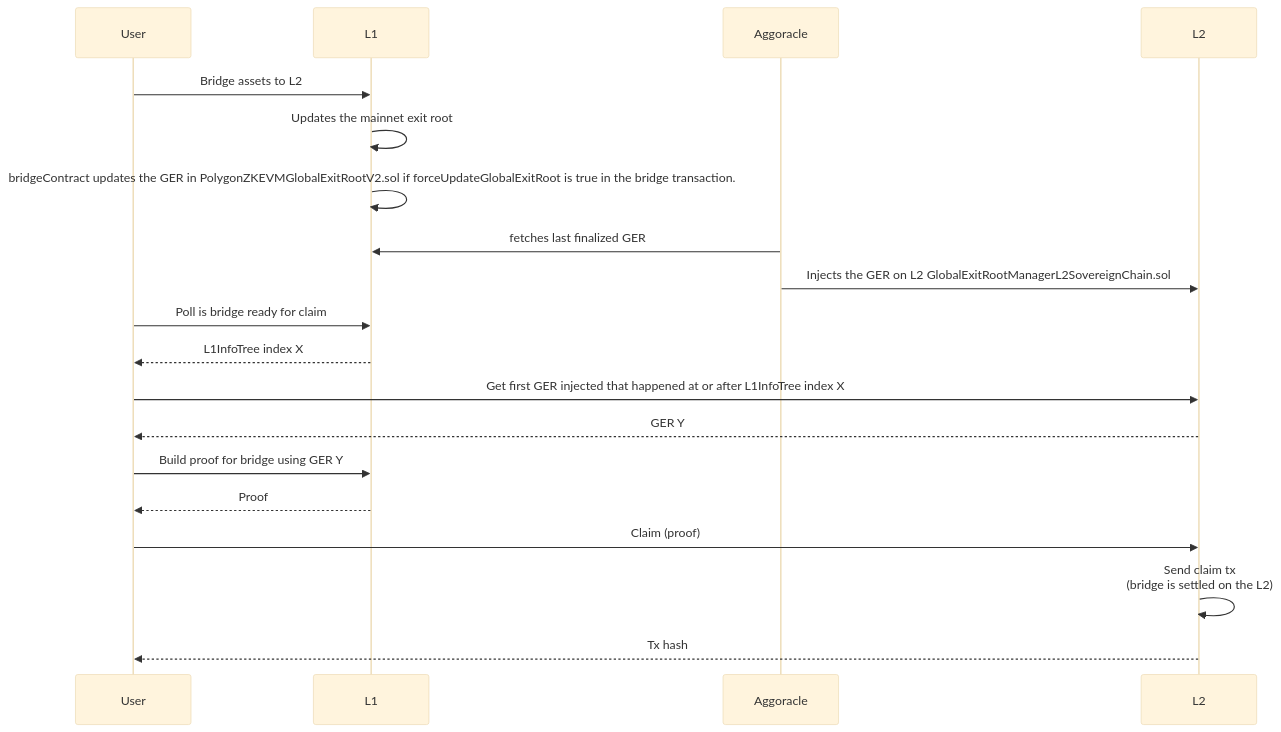
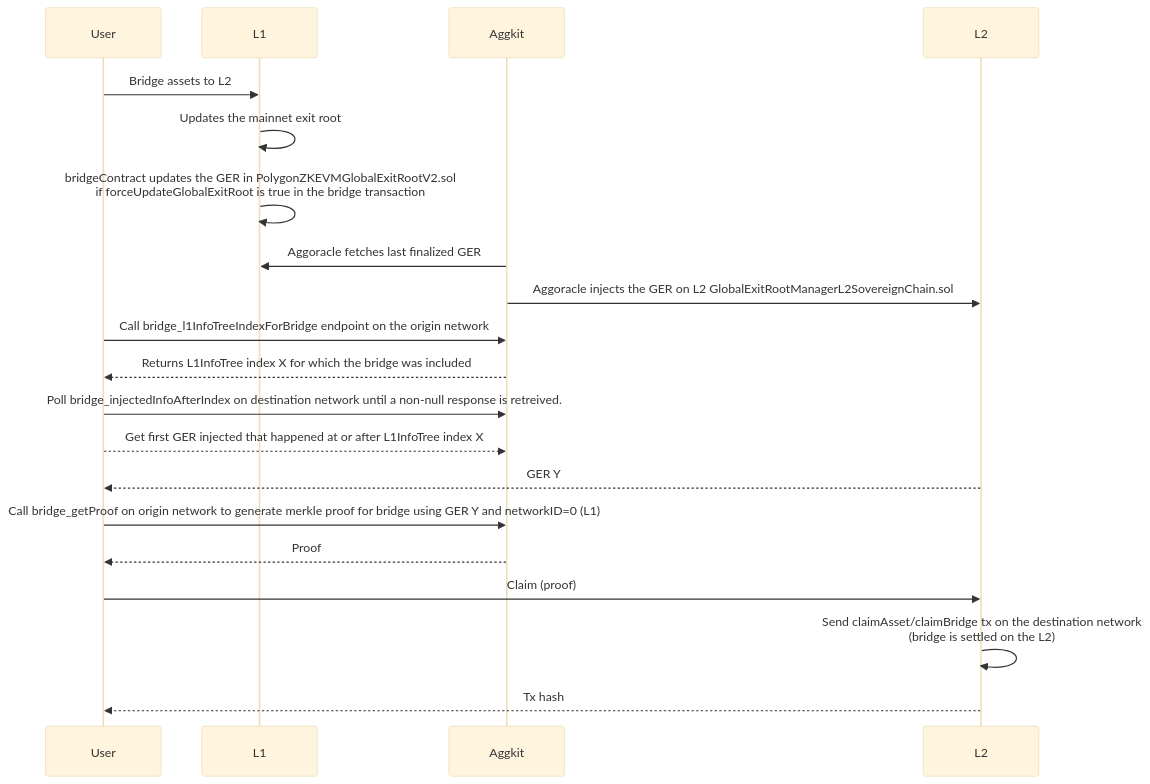
One commit to agglayer/aggkit changed the second of 4 diagrams in docs/bridge_service.md. Above: the diagram before and after it, drawn with Mermaid (base theme). The commit also changed other lines of this file, not shown here.

Commit message:
update sequence dig

````diff
--- a/docs/bridge_service.md
+++ b/docs/bridge_service.md
@@ -36,23 +36,24 @@
 ```mermaid
 sequenceDiagram
     participant User
     participant L1
-    participant Aggoracle
+    participant Aggkit
     participant L2
 
     User->>L1: Bridge assets to L2
     L1->>L1: Updates the mainnet exit root
-    L1->>L1: bridgeContract updates the GER in PolygonZKEVMGlobalExitRootV2.sol if forceUpdateGlobalExitRoot is true in the bridge transaction.
-    Aggoracle->>L1: fetches last finalized GER
-    Aggoracle->>L2: Injects the GER on L2 GlobalExitRootManagerL2SovereignChain.sol
+    L1->>L1: bridgeContract updates the GER in PolygonZKEVMGlobalExitRootV2.sol<br/>if forceUpdateGlobalExitRoot is true in the bridge transaction
+    Aggkit->>L1: Aggoracle fetches last finalized GER
+    Aggkit->>L2: Aggoracle injects the GER on L2 GlobalExitRootManagerL2SovereignChain.sol
 
-    User->>L1: Poll is bridge ready for claim
-    L1-->>User: L1InfoTree index X
-    User->>L2: Get first GER injected that happened at or after L1InfoTree index X
+    User->>Aggkit: Call bridge_l1InfoTreeIndexForBridge endpoint on the origin network
+    Aggkit-->>User: Returns L1InfoTree index X for which the bridge was included
+    User->>Aggkit: Poll bridge_injectedInfoAfterIndex on destination network until a non-null response is retreived.
+    User-->>Aggkit: Get first GER injected that happened at or after L1InfoTree index X
     L2-->>User: GER Y
-    User->>L1: Build proof for bridge using GER Y
-    L1-->>User: Proof
+    User->>Aggkit: Call bridge_getProof on origin network to generate merkle proof for bridge using GER Y and networkID=0 (L1)
+    Aggkit-->>User: Proof
     User->>L2: Claim (proof)
-    L2->>L2: Send claim tx<br/>(bridge is settled on the L2)
+    L2->>L2: Send claimAsset/claimBridge tx on the destination network<br/>(bridge is settled on the L2)
     L2-->>User: Tx hash
 ```
````
